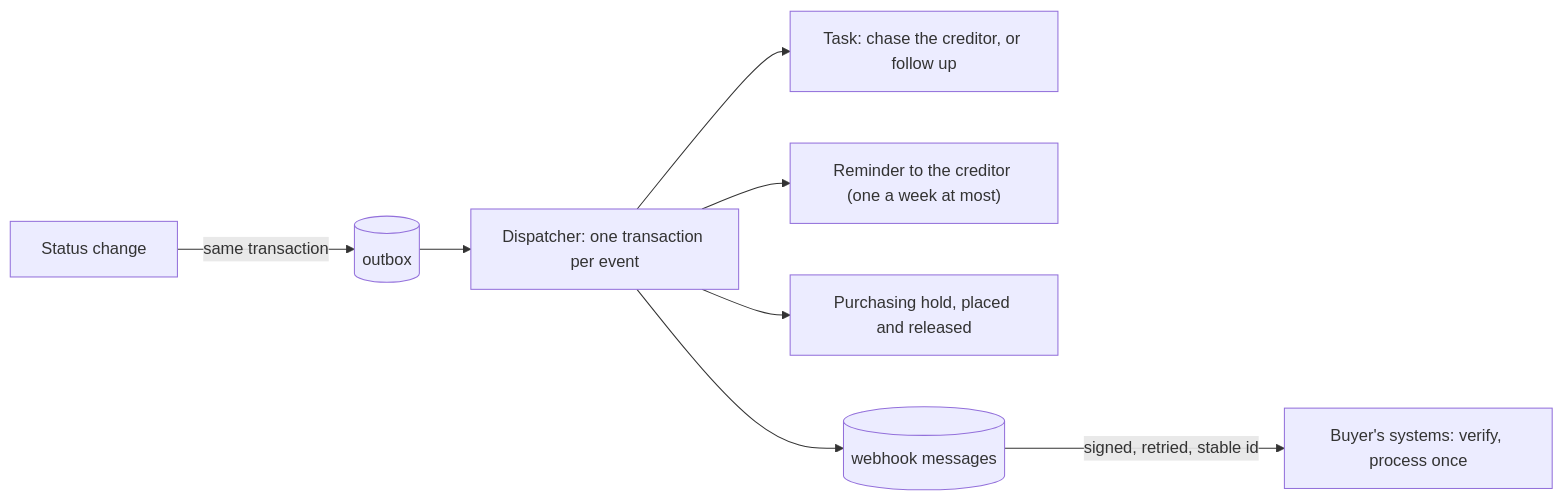
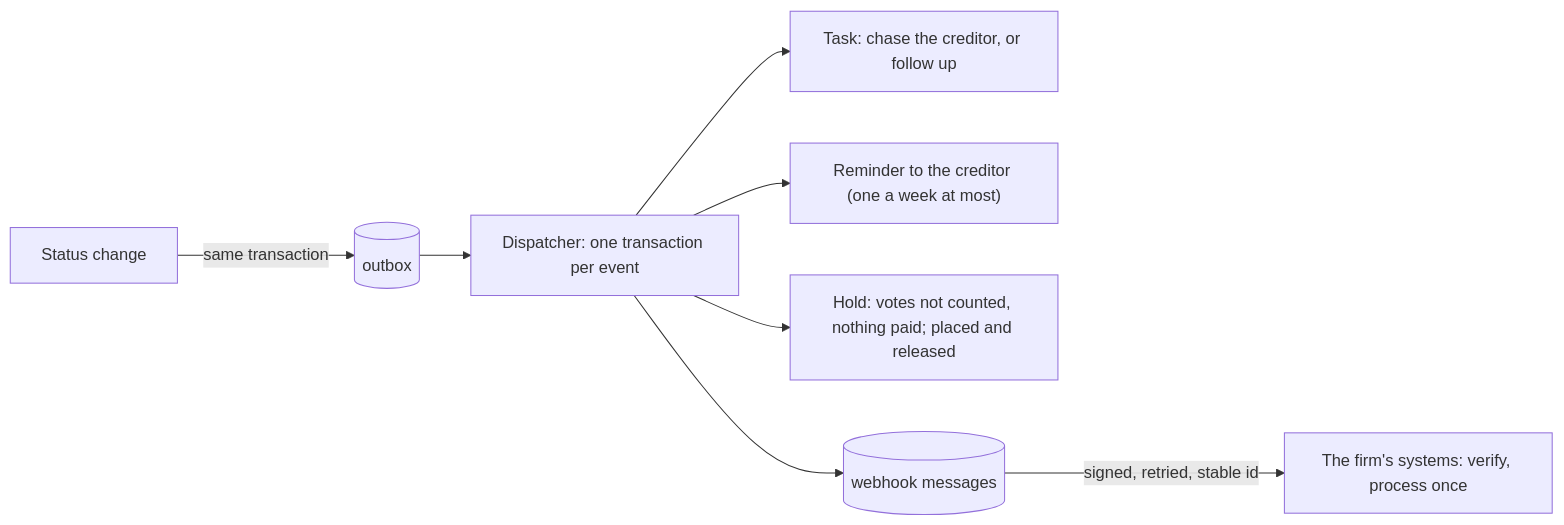
Before and after one commit to gandhiashutosh14/testamur: the second of 3 diagrams in docs/architecture.md, drawn with Mermaid. The commit also changed other lines of this file and 15 other files, not shown here.

First line of the commit message:
README, architecture, walkthrough and decisions for the insolvency domain; documents never arrive before their date

````diff
--- a/docs/architecture.md
+++ b/docs/architecture.md
@@ -166,10 +174,10 @@
 ```mermaid
 flowchart LR
     S["Status change"] -->|same transaction| O[("outbox")]
     O --> D["Dispatcher: one transaction per event"]
     D --> T["Task: chase the creditor, or follow up"]
     D --> R["Reminder to the creditor (one a week at most)"]
-    D --> H["Purchasing hold, placed and released"]
+    D --> H["Hold: votes not counted, nothing paid; placed and released"]
     D --> W[("webhook messages")]
-    W -->|"signed, retried, stable id"| B["Buyer's systems: verify, process once"]
+    W -->|"signed, retried, stable id"| B["The firm's systems: verify, process once"]
 ```
````
